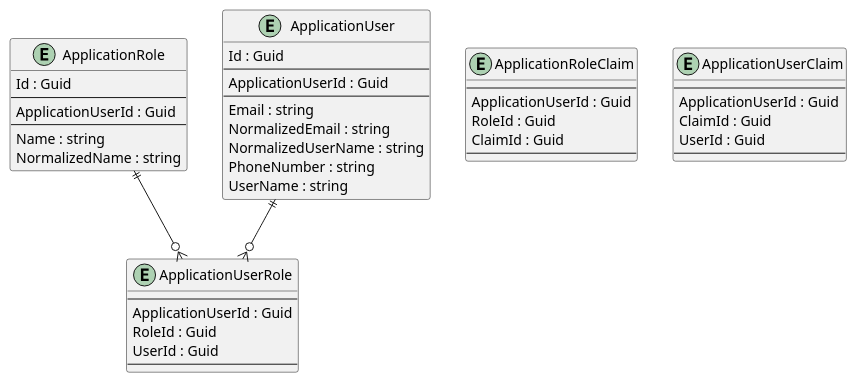
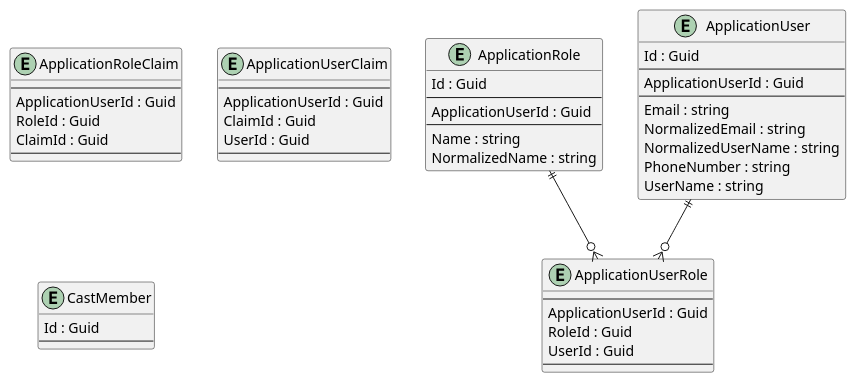
Before and after one commit to intrepion/BlazorWebAppMovies: the diagram in .docs/BlazorWebAppMovies.pu, drawn with PlantUML.

```diff
--- a/.docs/BlazorWebAppMovies.pu
+++ b/.docs/BlazorWebAppMovies.pu
@@ -1,55 +1,62 @@
 @startuml
 
 entity ApplicationRole {
     Id : Guid
     --
     ApplicationUserId : Guid
     --
     Name : string
     NormalizedName : string
 }
 
 entity ApplicationRoleClaim {
     --
     ApplicationUserId : Guid
     RoleId : Guid
     ClaimId : Guid
     --
 }
 
 entity ApplicationUser {
     Id : Guid
     --
     ApplicationUserId : Guid
     --
     Email : string
     NormalizedEmail : string
     NormalizedUserName : string
     PhoneNumber : string
     UserName : string
 }
 
 entity ApplicationUserClaim {
     --
     ApplicationUserId : Guid
     ClaimId : Guid
     UserId : Guid
     --
 }
 
 entity ApplicationUserRole {
     --
     ApplicationUserId : Guid
     RoleId : Guid
     UserId : Guid
     --
 }
 
+entity CastMember {
+    Id : Guid
+    --
+    ' IdCodePlaceholder--
+    ' PropertyCodePlaceholder
+}
+
 ' EntityCodePlaceholder
 
 ApplicationRole ||--o{ ApplicationUserRole
 ApplicationUser ||--o{ ApplicationUserRole
 
 ' RelationshipCodePlaceholder
 
 @enduml
```
